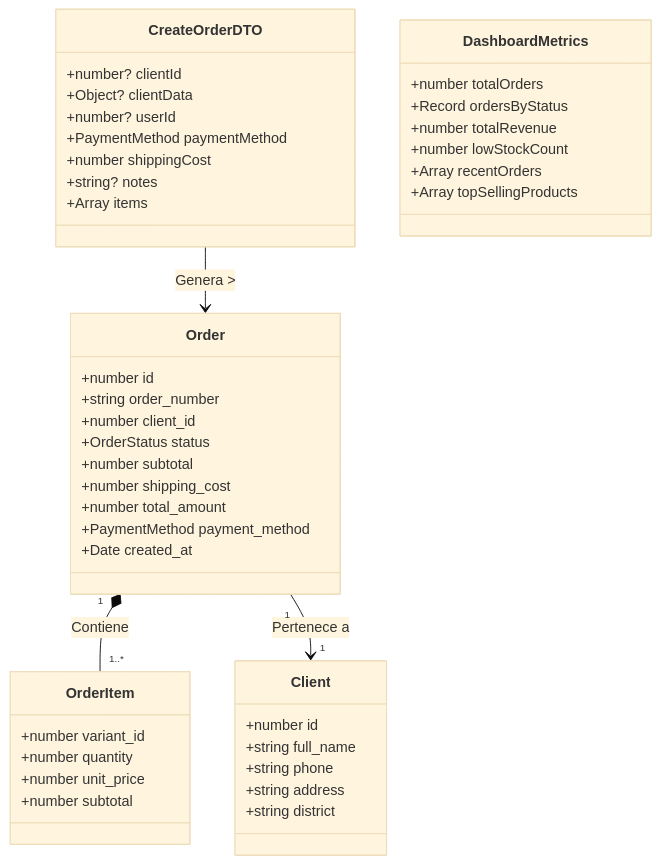
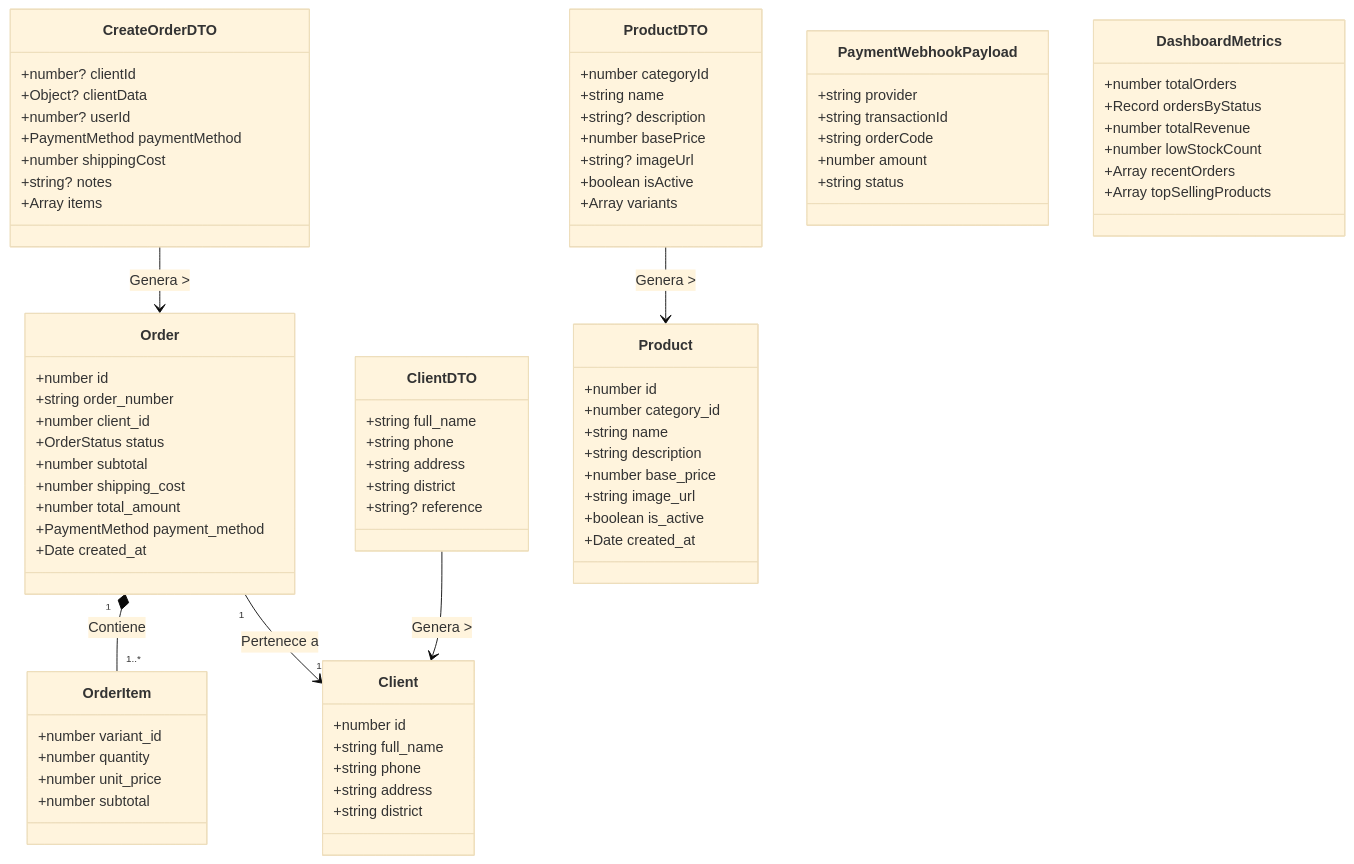
One commit to Leofit-Solutions-Grupo01/leofit-pedidos-sistema changed the diagram in docs/diagramas/D3-contratos-api/diagram.mmd. Above: the diagram before and after it, drawn with Mermaid (base theme). The commit also changed 2 other files, not shown here.

```diff
--- a/docs/diagramas/D3-contratos-api/diagram.mmd
+++ b/docs/diagramas/D3-contratos-api/diagram.mmd
@@ -1,51 +1,90 @@
 classDiagram
     %% Modelos Core de Negocio y DTOs
     class CreateOrderDTO {
         +number? clientId
         +Object? clientData
         +number? userId
         +PaymentMethod paymentMethod
         +number shippingCost
         +string? notes
         +Array items
     }
 
     class Order {
         +number id
         +string order_number
         +number client_id
         +OrderStatus status
         +number subtotal
         +number shipping_cost
         +number total_amount
         +PaymentMethod payment_method
         +Date created_at
     }
 
     class OrderItem {
         +number variant_id
         +number quantity
         +number unit_price
         +number subtotal
     }
 
     class Client {
         +number id
         +string full_name
         +string phone
         +string address
         +string district
     }
+    
+    class ClientDTO {
+        +string full_name
+        +string phone
+        +string address
+        +string district
+        +string? reference
+    }
+
+    class Product {
+        +number id
+        +number category_id
+        +string name
+        +string description
+        +number base_price
+        +string image_url
+        +boolean is_active
+        +Date created_at
+    }
+
+    class ProductDTO {
+        +number categoryId
+        +string name
+        +string? description
+        +number basePrice
+        +string? imageUrl
+        +boolean isActive
+        +Array variants
+    }
+
+    class PaymentWebhookPayload {
+        +string provider
+        +string transactionId
+        +string orderCode
+        +number amount
+        +string status
+    }
 
     class DashboardMetrics {
         +number totalOrders
         +Record ordersByStatus
         +number totalRevenue
         +number lowStockCount
         +Array recentOrders
         +Array topSellingProducts
     }
 
     CreateOrderDTO --> Order : Genera >
     Order "1" *-- "1..*" OrderItem : Contiene
     Order "1" --> "1" Client : Pertenece a
+    ProductDTO --> Product : Genera >
+    ClientDTO --> Client : Genera >
```
